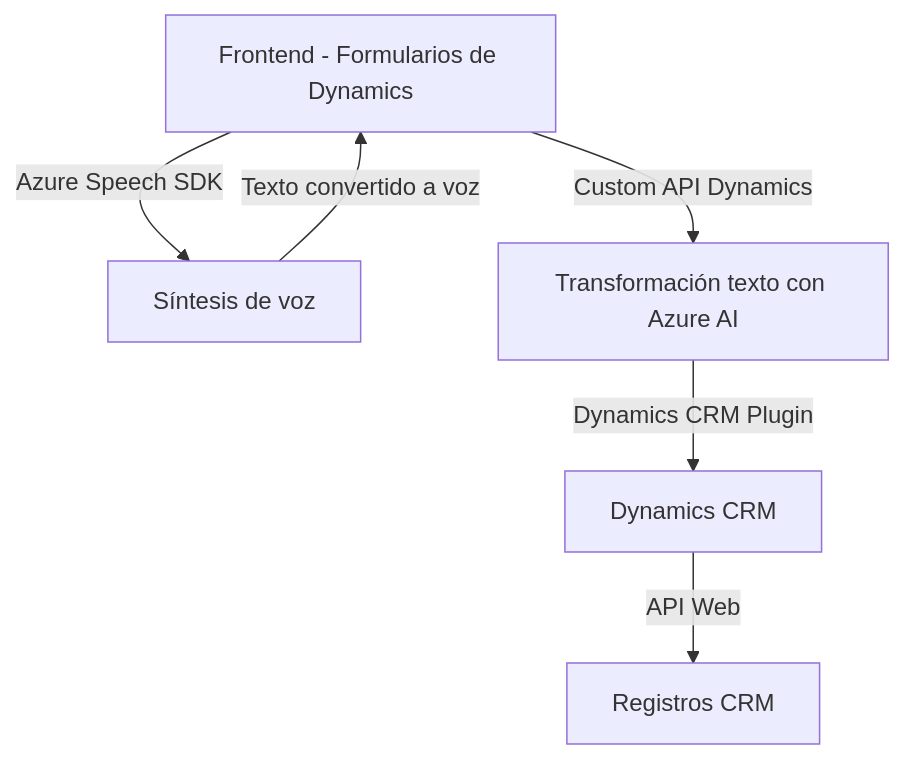
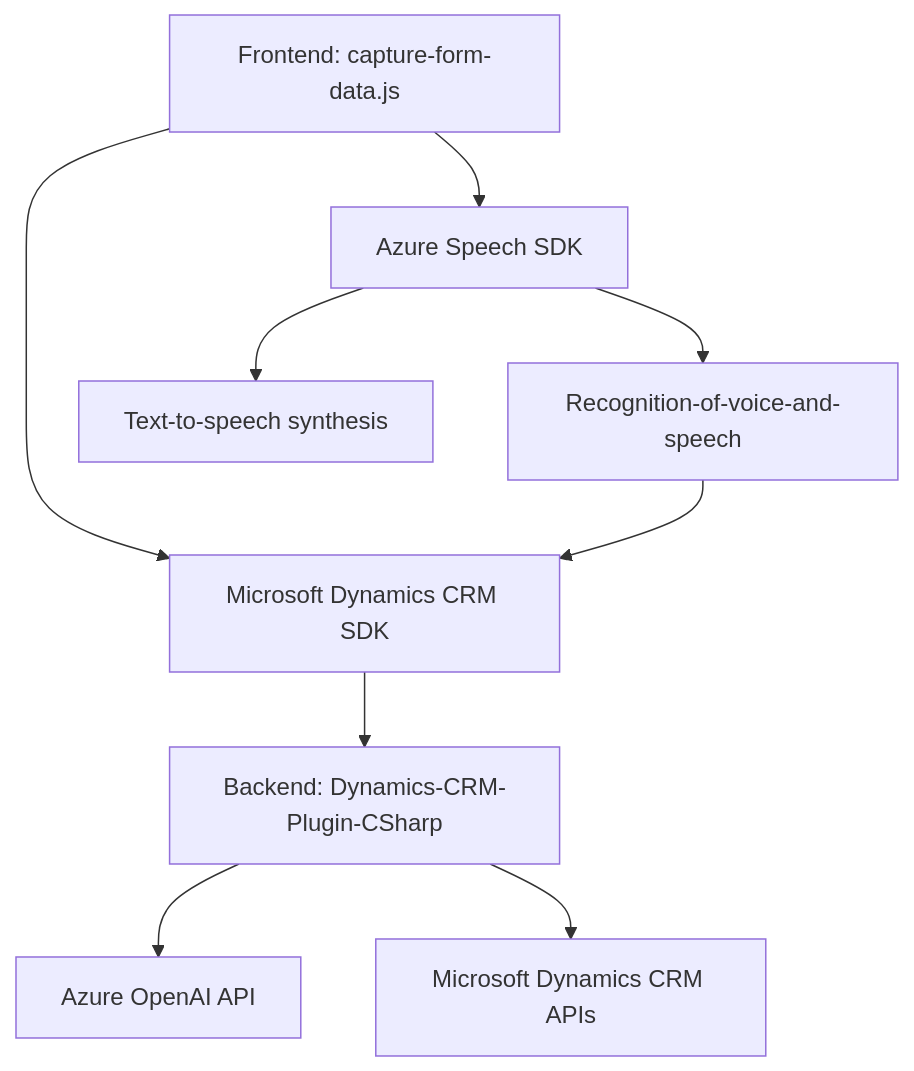
One commit to blopezdm/NETCORE_BILBAO2025 changed the diagram in README.md. Above: the diagram before and after it, drawn with Mermaid. The commit also changed other lines of this file, not shown here.

Commit message:
Actualizar análisis global de la solución con IA

````diff
--- a/README.md
+++ b/README.md
@@ -50,9 +73,13 @@
 ```mermaid
 graph TD
-A["Frontend - Formularios de Dynamics"] -- Azure Speech SDK --> B["Síntesis de voz"]
-B["Síntesis de voz"] -- Texto convertido a voz --> A["Frontend - Formularios de Dynamics"]
+    A["Frontend: capture-form-data.js"] --> B["Azure Speech SDK"]
+    B --> C["Recognition-of-voice-and-speech"]
+    B --> D["Text-to-speech synthesis"]
 
-A["Frontend - Formularios de Dynamics"] -- Custom API Dynamics --> C["Transformación texto con Azure AI"]
-C["Transformación texto con Azure AI"] -- Dynamics CRM Plugin --> D["Dynamics CRM"]
-D["Dynamics CRM"] -- API Web --> E["Registros CRM"]
+    A --> E["Microsoft Dynamics CRM SDK"]
+    C --> E
+
+    E --> F["Backend: Dynamics-CRM-Plugin-CSharp"]
+    F --> G["Azure OpenAI API"]
+    F --> H["Microsoft Dynamics CRM APIs"]
 ```
````
